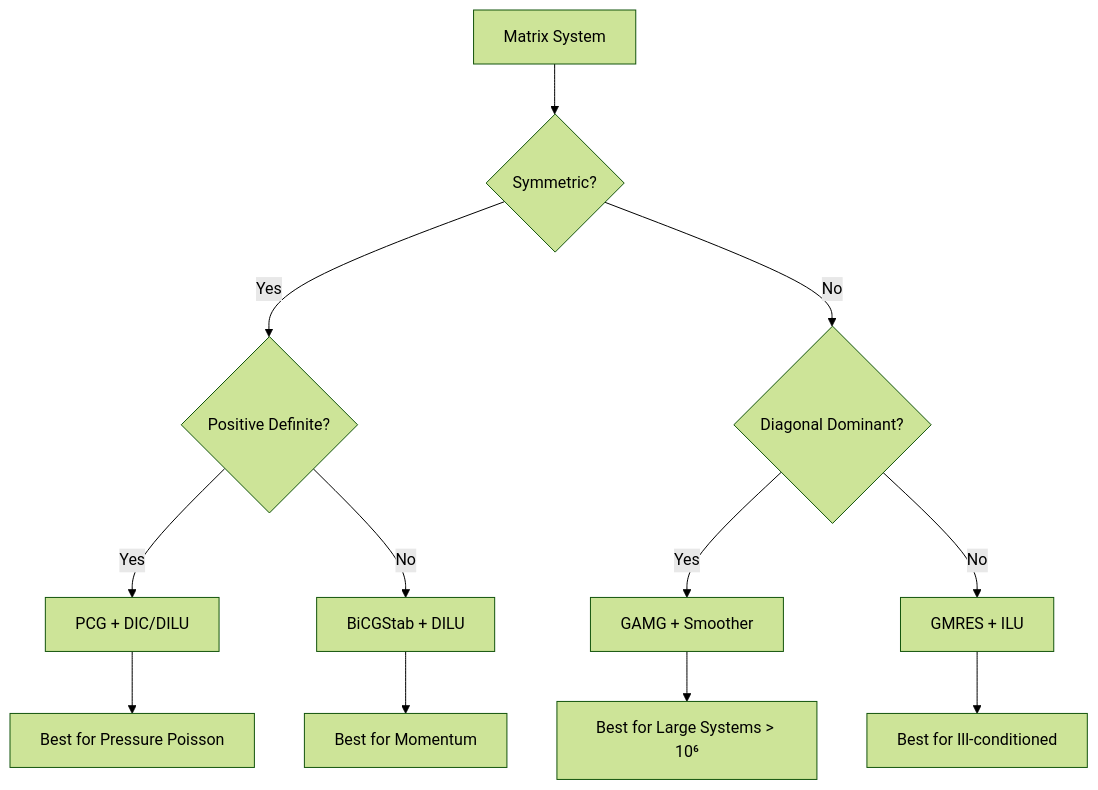
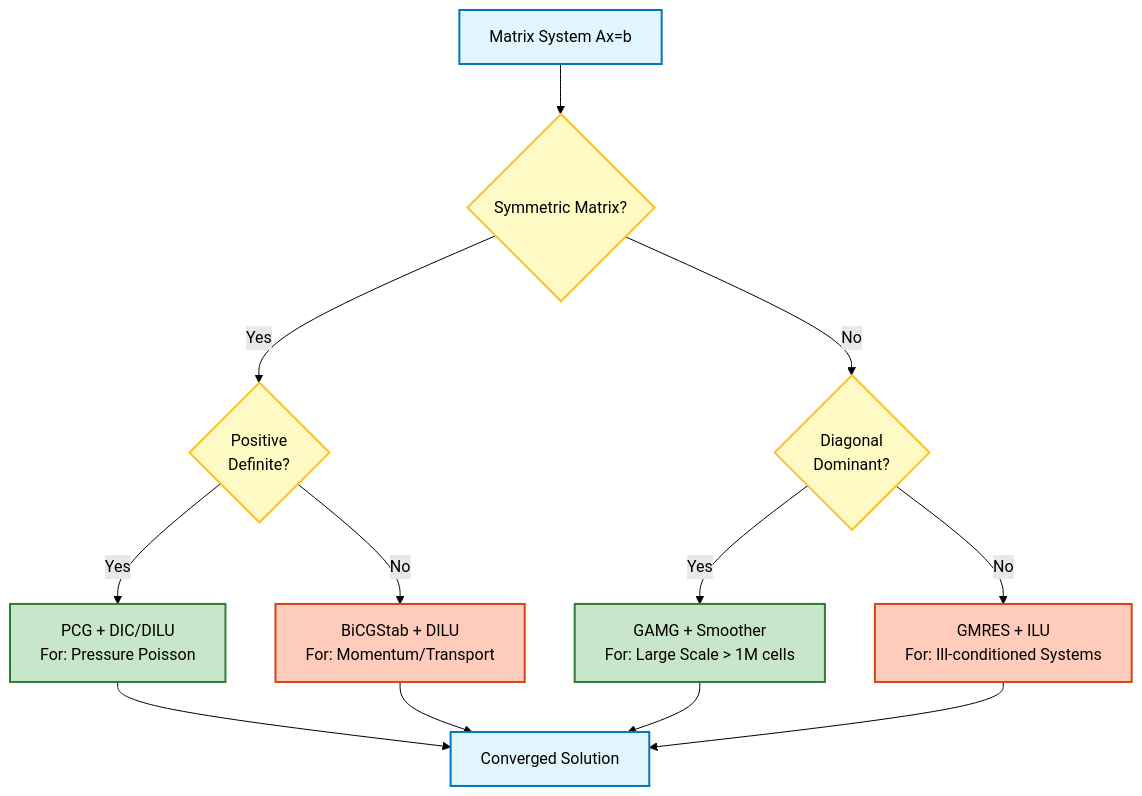
The second of 3 diagrams in MODULE_05_OPENFOAM_PROGRAMMING/CONTENT/06_MATRICES_LINEARALGEBRA/07_Summary_and_Exercises.md (wramet/build-my-cfd), drawn with Mermaid (forest theme) before and after one commit. The commit also changed other lines of this file and 313 other files, not shown here.

Commit message:
Revise all diagram

````diff
--- a/MODULE_05_OPENFOAM_PROGRAMMING/CONTENT/06_MATRICES_LINEARALGEBRA/07_Summary_and_Exercises.md
+++ b/MODULE_05_OPENFOAM_PROGRAMMING/CONTENT/06_MATRICES_LINEARALGEBRA/07_Summary_and_Exercises.md
@@ -102,17 +117,23 @@
 ```mermaid
 flowchart TD
-    Start[Matrix System] --> CheckSym{Symmetric?}
-    CheckSym -->|Yes| CheckSPD{Positive Definite?}
-    CheckSym -->|No| CheckDiag{Diagonal Dominant?}
+classDef decision fill:#fff9c4,stroke:#fbc02d,stroke-width:2px,color:#000
+classDef implicit fill:#c8e6c9,stroke:#2e7d32,stroke-width:2px,color:#000
+classDef explicit fill:#ffccbc,stroke:#d84315,stroke-width:2px,color:#000
+classDef startend fill:#e1f5fe,stroke:#0277bd,stroke-width:2px,color:#000
 
-    CheckSPD -->|Yes| UseCG[PCG + DIC/DILU]
-    CheckSPD -->|No| UseBiCG[BiCGStab + DILU]
+Start[Matrix System Ax=b]:::startend --> Sym{Symmetric Matrix?}:::decision
 
-    CheckDiag -->|Yes| UseGAMG[GAMG + Smoother]
-    CheckDiag -->|No| UseGMRES[GMRES + ILU]
+Sym -- Yes --> SPD{Positive<br/>Definite?}:::decision
+Sym -- No --> Diag{Diagonal<br/>Dominant?}:::decision
 
-    UseCG --> Optimal[Best for Pressure Poisson]
-    UseGAMG --> Large[Best for Large Systems > 10⁶]
-    UseBiCG --> Momentum[Best for Momentum]
-    UseGMRES --> Complex[Best for Ill-conditioned]
+SPD -- Yes --> PCG[PCG + DIC/DILU<br/>For: Pressure Poisson]:::implicit
+SPD -- No --> BiCG[BiCGStab + DILU<br/>For: Momentum/Transport]:::explicit
+
+Diag -- Yes --> GAMG[GAMG + Smoother<br/>For: Large Scale > 1M cells]:::implicit
+Diag -- No --> GMRES[GMRES + ILU<br/>For: Ill-conditioned Systems]:::explicit
+
+PCG --> Done[Converged Solution]:::startend
+BiCG --> Done
+GAMG --> Done
+GMRES --> Done
 ```
````
